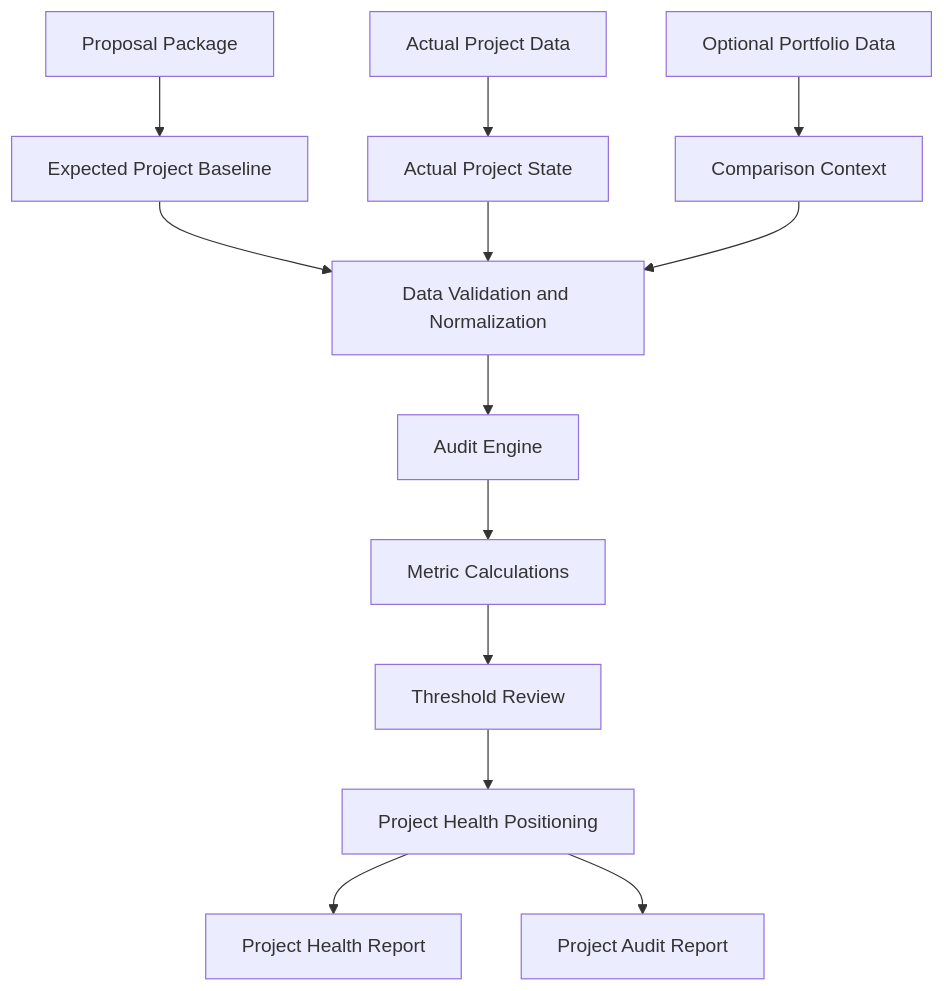
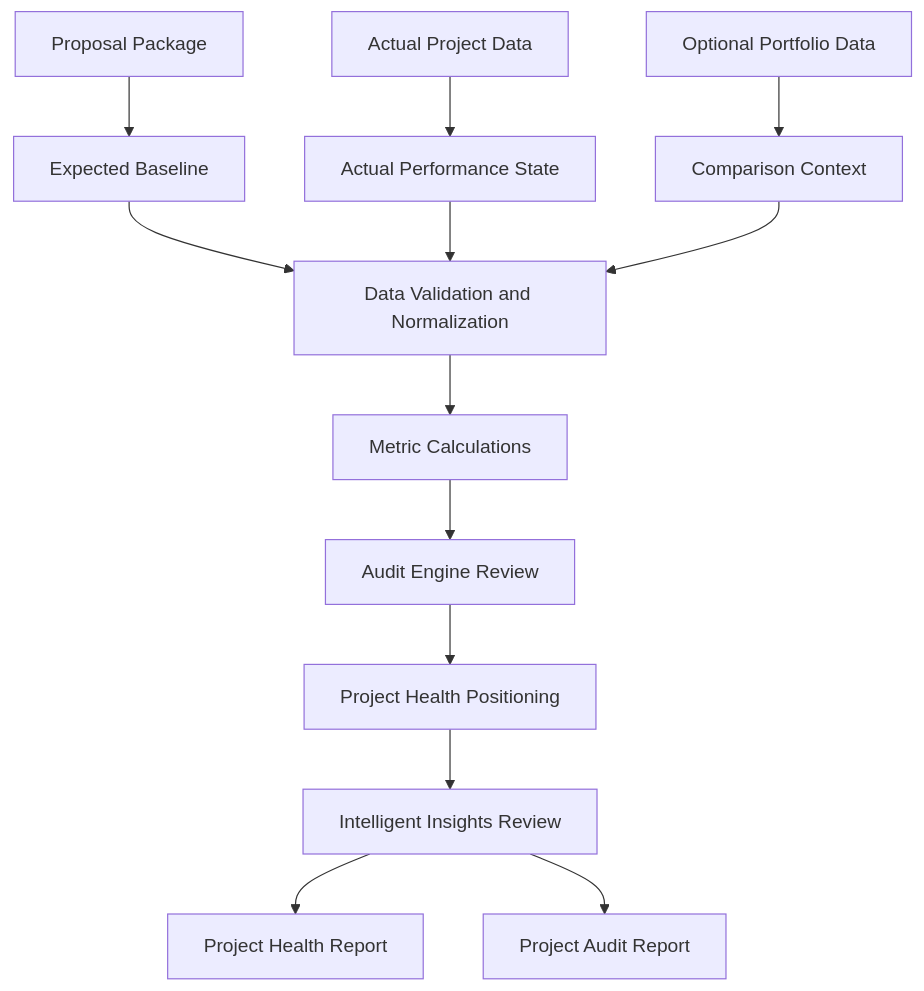
The first of 2 diagrams in docs/project-overview.md (meownager/epm-insights), drawn with Mermaid before and after one commit. The commit also changed other lines of this file, not shown here.

Commit message:
Project diagrams revised

````diff
--- a/docs/project-overview.md
+++ b/docs/project-overview.md
@@ -66,15 +68,15 @@
 ```mermaid
 flowchart TD
-    A[Proposal Package] --> B[Expected Project Baseline]
-    C[Actual Project Data] --> D[Actual Project State]
+    A[Proposal Package] --> B[Expected Baseline]
+    C[Actual Project Data] --> D[Actual Performance State]
     E[Optional Portfolio Data] --> F[Comparison Context]
     B --> G[Data Validation and Normalization]
     D --> G
     F --> G
-    G --> H[Audit Engine]
-    H --> I[Metric Calculations]
-    I --> J[Threshold Review]
-    J --> K[Project Health Positioning]
+    G --> H[Metric Calculations]
+    H --> I[Audit Engine Review]
+    I --> J[Project Health Positioning]
+    J --> K[Intelligent Insights Review]
     K --> L[Project Health Report]
     K --> M[Project Audit Report]
 ```
````
